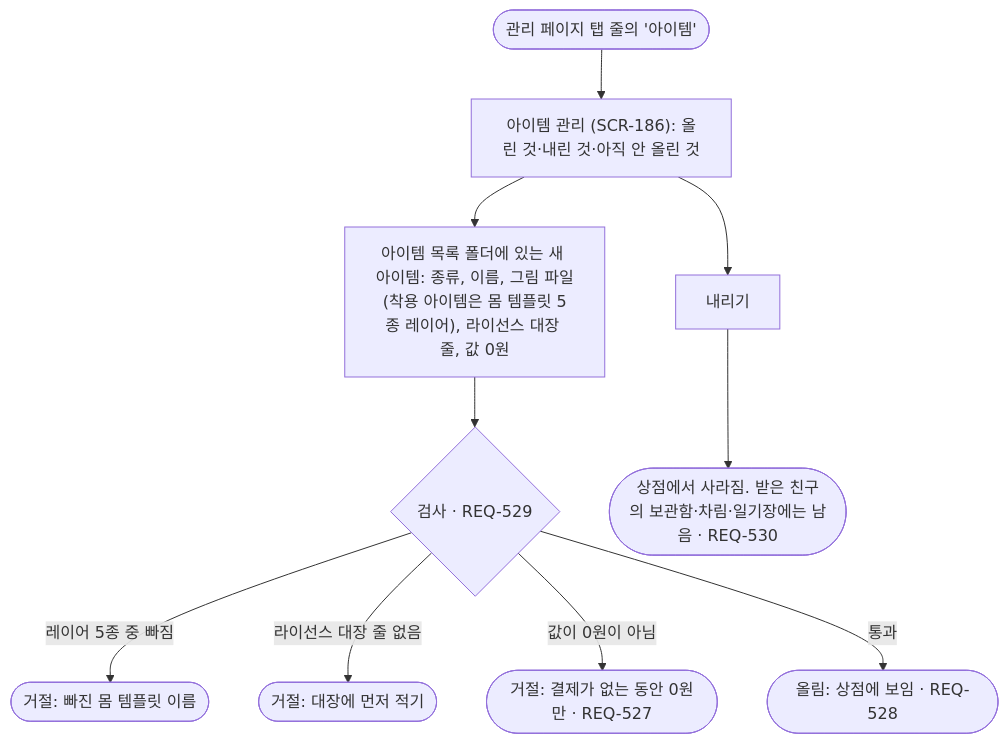
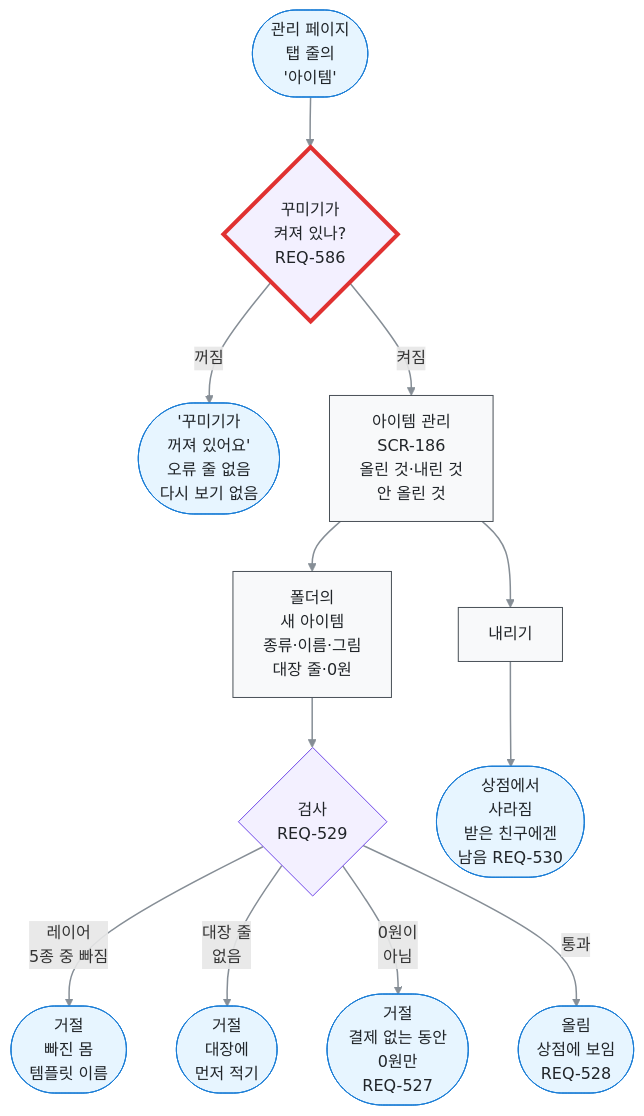
The diagram in docs/03-user-flow/FL-192-admin-items.md (kodonghui/marong2), drawn with Mermaid before and after one commit. The commit also changed other lines of this file and 20 other files, not shown here.

````diff
--- a/docs/03-user-flow/FL-192-admin-items.md
+++ b/docs/03-user-flow/FL-192-admin-items.md
@@ -7,12 +7,37 @@
 ```mermaid
 flowchart TD
-  A(["관리 페이지 탭 줄의 '아이템'"]) --> B["아이템 관리 (SCR-186): 올린 것·내린 것·아직 안 올린 것"]
-  B --> C["아이템 목록 폴더에 있는 새 아이템: 종류, 이름, 그림 파일(착용 아이템은 몸 템플릿 5종 레이어), 라이선스 대장 줄, 값 0원"]
-  C --> D{"검사 · REQ-529"}
-  D -->|"레이어 5종 중 빠짐"| D1(["거절: 빠진 몸 템플릿 이름"])
-  D -->|"라이선스 대장 줄 없음"| D2(["거절: 대장에 먼저 적기"])
-  D -->|"값이 0원이 아님"| D3(["거절: 결제가 없는 동안 0원만 · REQ-527"])
-  D -->|"통과"| E(["올림: 상점에 보임 · REQ-528"])
-  B --> F["내리기"]
-  F --> G(["상점에서 사라짐. 받은 친구의 보관함·차림·일기장에는 남음 · REQ-530"])
+  A(["관리 페이지<br/>탭 줄의<br/>'아이템'"])
+  A1{"꾸미기가<br/>켜져 있나?<br/>REQ-586"}
+  A2(["'꾸미기가<br/>꺼져 있어요'<br/>오류 줄 없음<br/>다시 보기 없음"])
+  B["아이템 관리<br/>SCR-186<br/>올린 것·내린 것<br/>안 올린 것"]
+  C["폴더의<br/>새 아이템<br/>종류·이름·그림<br/>대장 줄·0원"]
+  D{"검사<br/>REQ-529"}
+  D1(["거절<br/>빠진 몸<br/>템플릿 이름"])
+  D2(["거절<br/>대장에<br/>먼저 적기"])
+  D3(["거절<br/>결제 없는 동안<br/>0원만<br/>REQ-527"])
+  E(["올림<br/>상점에 보임<br/>REQ-528"])
+  F["내리기"]
+  G(["상점에서<br/>사라짐<br/>받은 친구에겐<br/>남음 REQ-530"])
+  A e1@--> A1
+  A1 e2@-->|"꺼짐"| A2
+  A1 e3@-->|"켜짐"| B
+  B e4@--> C
+  C e5@--> D
+  D e6@-->|"레이어<br/>5종 중 빠짐"| D1
+  D e7@-->|"대장 줄<br/>없음"| D2
+  D e8@-->|"0원이<br/>아님"| D3
+  D e9@-->|"통과"| E
+  B e10@--> F
+  F e11@--> G
+  %% legend: below
+  classDef term fill:#e7f5ff,stroke:#1c7ed6,color:#212529
+  classDef proc fill:#f8f9fa,stroke:#495057,color:#212529
+  classDef decide fill:#f3f0ff,stroke:#7048e8,color:#212529
+  classDef key stroke:#e03131,stroke-width:4px
+  classDef pass stroke:#868e96,stroke-width:1.5px
+  class A,A2,D1,D2,D3,E,G term
+  class B,C,F proc
+  class A1,D decide
+  class A1 key
+  class e1,e2,e3,e4,e5,e6,e7,e8,e9,e10,e11 pass
 ```
````
